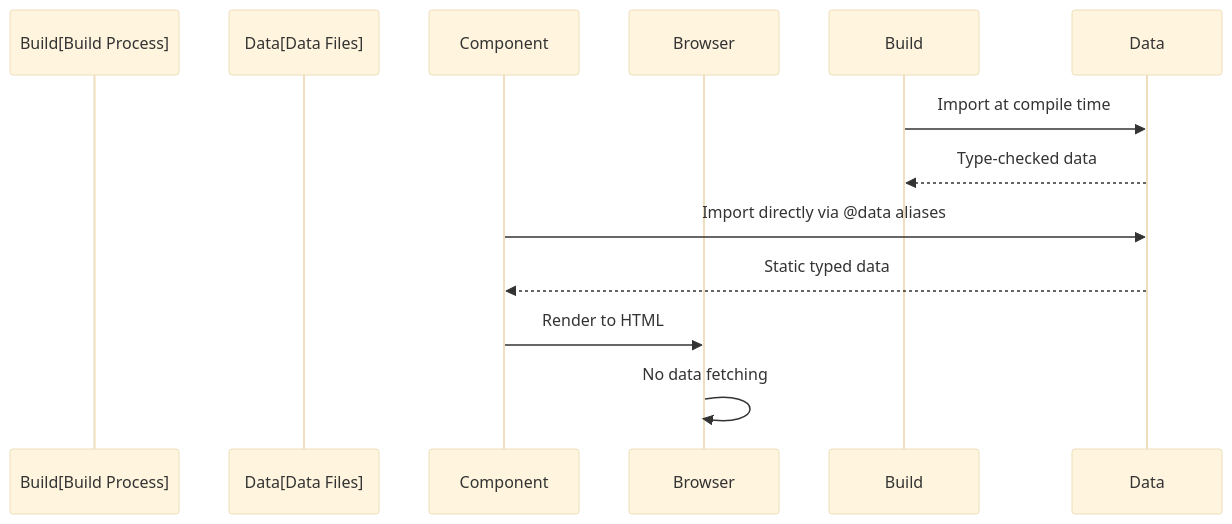
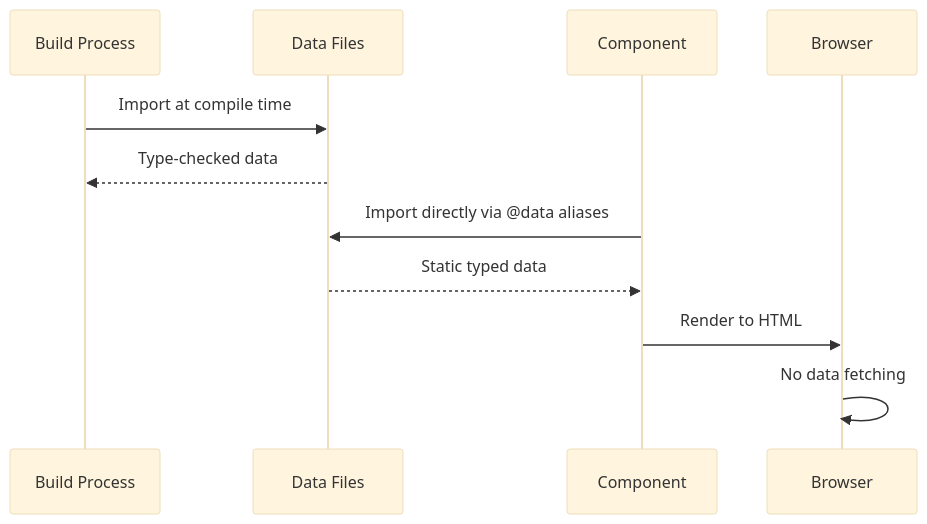
Before and after one commit to AlexJSully/AlexJSully-Portfolio: the diagram in docs/architecture/data.md, drawn with Mermaid (base theme). The commit also changed 9 other files, not shown here.

````diff
--- a/docs/architecture/data.md
+++ b/docs/architecture/data.md
@@ -7,16 +7,16 @@
 ```mermaid
 sequenceDiagram
     accTitle: Build-Time Data Integration Sequence
     accDescr: Shows how the build imports and type-checks data files at compile time, after which components import the data directly via @data aliases and render it to HTML, avoiding any runtime data fetching
-    participant Build[Build Process]
-    participant Data[Data Files]
+    participant Build as Build Process
+    participant Data as Data Files
     participant Component
     participant Browser
 
     Build->>Data: Import at compile time
     Data-->>Build: Type-checked data
     Component->>Data: Import directly via @data aliases
     Data-->>Component: Static typed data
     Component->>Browser: Render to HTML
     Browser->>Browser: No data fetching
 ```
````
